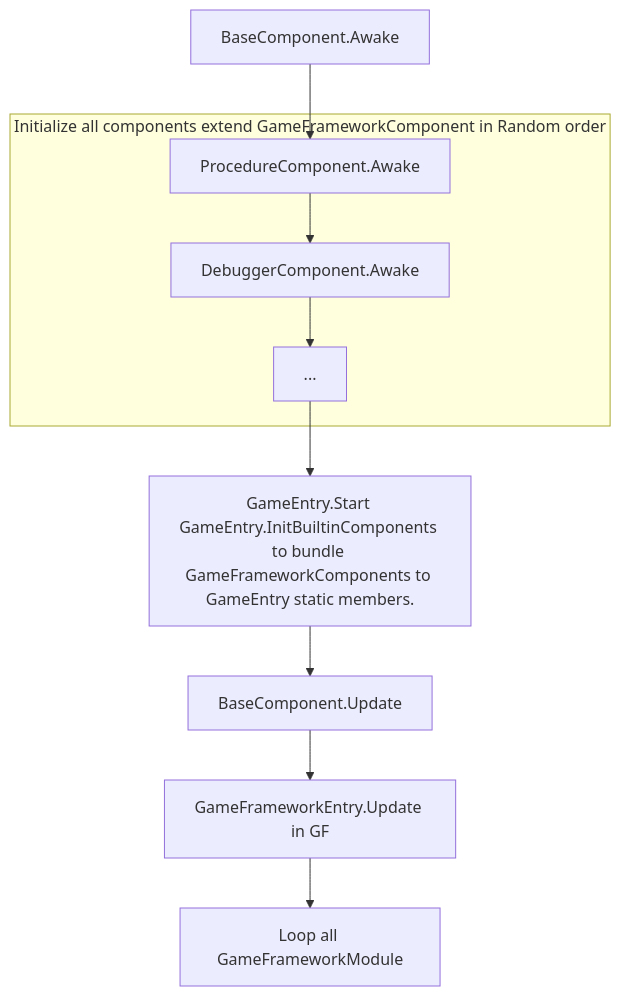
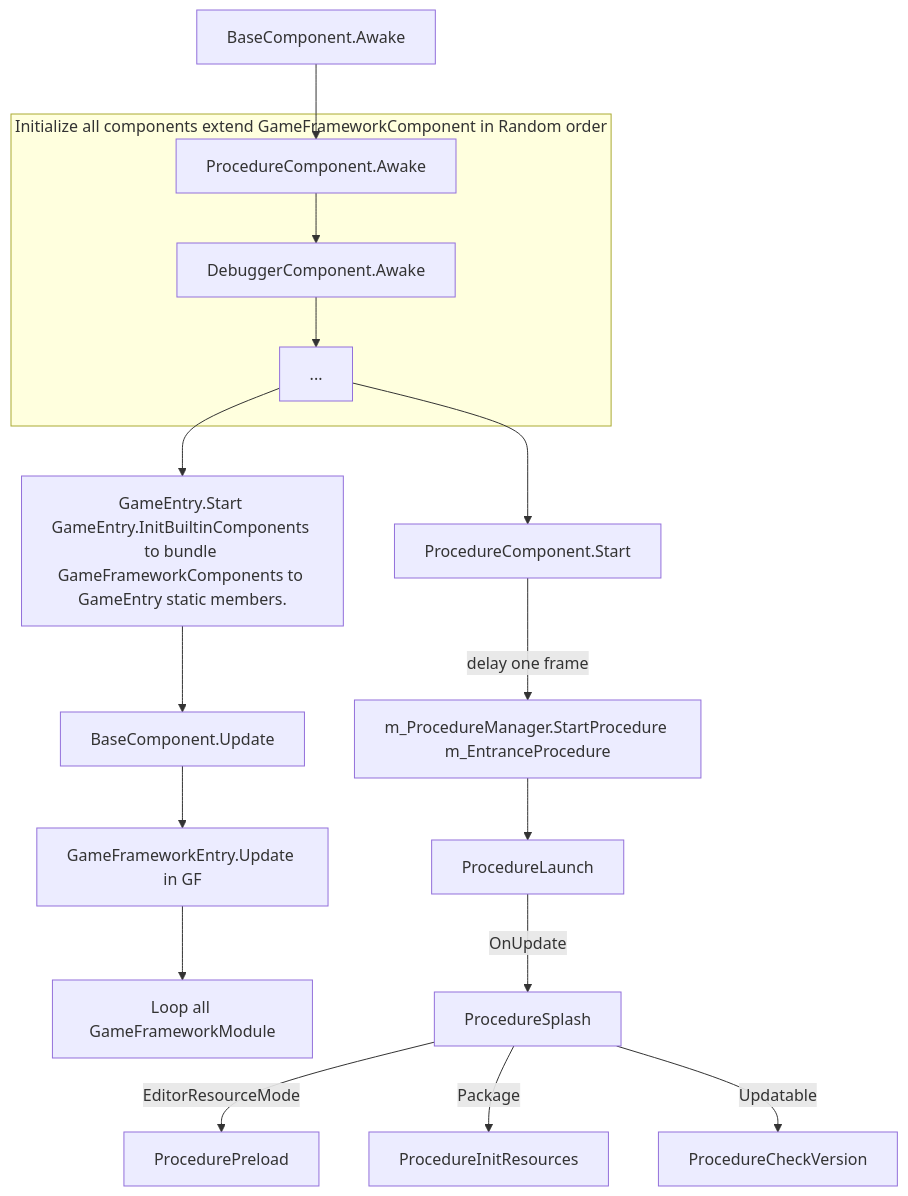
One commit to valyli/client.tob.true.ly changed the diagram in research/GameFramework.md. Above: the diagram before and after it, drawn with Mermaid. The commit also changed other lines of this file and 2 other files, not shown here.

Commit message:
complete entry flow

````diff
--- a/research/GameFramework.md
+++ b/research/GameFramework.md
@@ -61,11 +72,17 @@
 ```mermaid
 graph TB
     1[BaseComponent.Awake] --> 1.1
     subgraph Initialize all components extend GameFrameworkComponent in Random order
     1.1[ProcedureComponent.Awake] --> 1.2[DebuggerComponent.Awake] --> 1.3[...]
     end
     1.3 --> 2.1[GameEntry.Start GameEntry.InitBuiltinComponents to bundle GameFrameworkComponents to GameEntry static members.]
 
      --> 3
     3[BaseComponent.Update] --> 4[GameFrameworkEntry.Update in GF] --> 5[Loop all GameFrameworkModule]
+    1.3-->6
+    6[ProcedureComponent.Start] --delay one frame--> 6.1[m_ProcedureManager.StartProcedure m_EntranceProcedure]
+    -->7[ProcedureLaunch]--OnUpdate-->8[ProcedureSplash]
+    8--EditorResourceMode-->9[ProcedurePreload]
+    8--Package-->10[ProcedureInitResources]
+    8--Updatable-->11[ProcedureCheckVersion]
 ```
````
